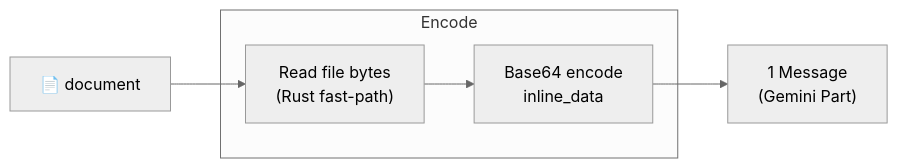
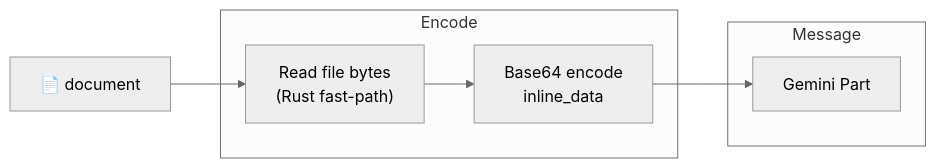
Diagram 16 of 17 in docs/ENCODERS.md (vlm-run/mm), drawn with Mermaid (neutral theme) before and after one commit. The commit also changed other lines of this file and 1 other file, not shown here.

Commit message:
use a message block with subgroups

````diff
--- a/docs/ENCODERS.md
+++ b/docs/ENCODERS.md
@@ -361,13 +391,15 @@
 ```mermaid
 graph LR
   doc["📄 document"]
 
   subgraph encode ["Encode"]
     read["Read file bytes\n(Rust fast-path)"]
     b64["Base64 encode\ninline_data"]
   end
 
-  msg["1 Message\n(Gemini Part)"]
+  subgraph message ["Message"]
+    msg["Gemini Part"]
+  end
 
   doc --> read --> b64 --> msg
 ```
````
